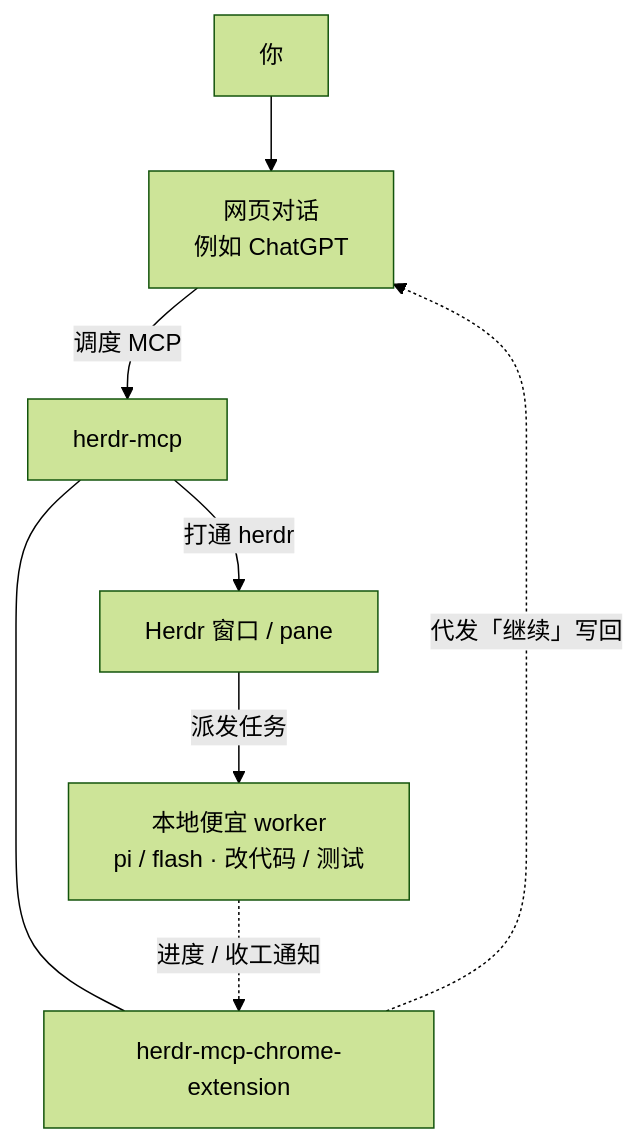
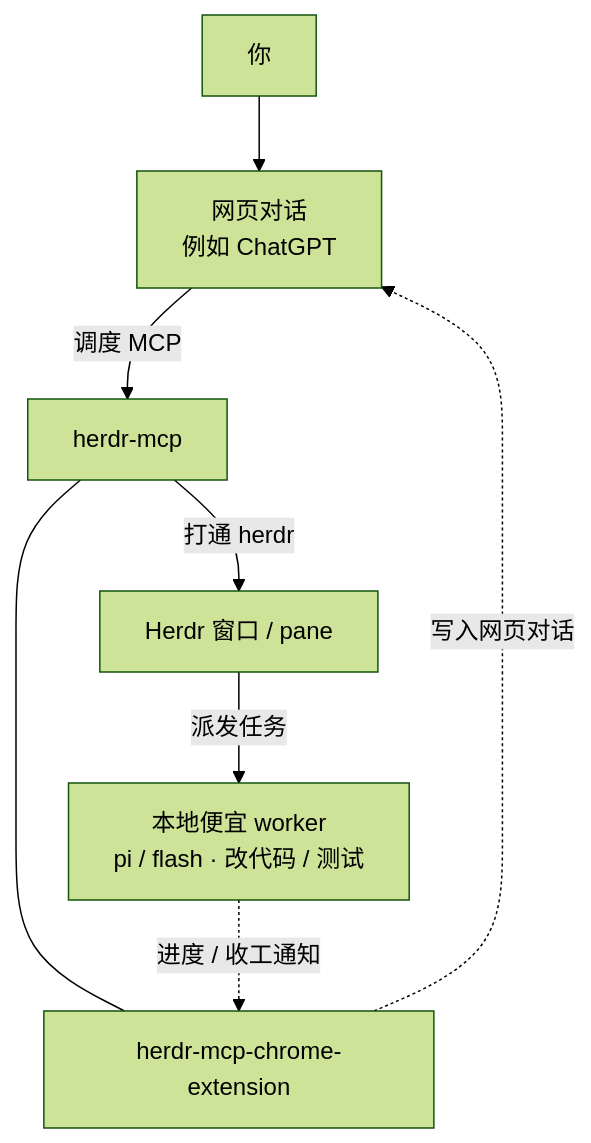
One commit to whshang/herdr-mcp changed the diagram in README.zh.md. Above: the diagram before and after it, drawn with Mermaid (forest theme). The commit also changed other lines of this file and 19 other files, not shown here.

````diff
--- a/README.zh.md
+++ b/README.zh.md
@@ -15,17 +24,17 @@
 ```mermaid
 flowchart TB
   You[你]
   Web[网页对话<br/>例如 ChatGPT]
   MCP[herdr-mcp]
   Ext[herdr-mcp-chrome-extension]
   Herdr[Herdr 窗口 / pane]
   Agents[本地便宜 worker<br/>pi / flash · 改代码 / 测试]
 
   You --> Web
   Web -->|调度 MCP| MCP
   MCP --- Ext
   MCP -->|打通 herdr| Herdr
   Herdr -->|派发任务| Agents
   Agents -.->|进度 / 收工通知| Ext
-  Ext -.->|代发「继续」写回| Web
+  Ext -.->|写入网页对话| Web
 ```
````
